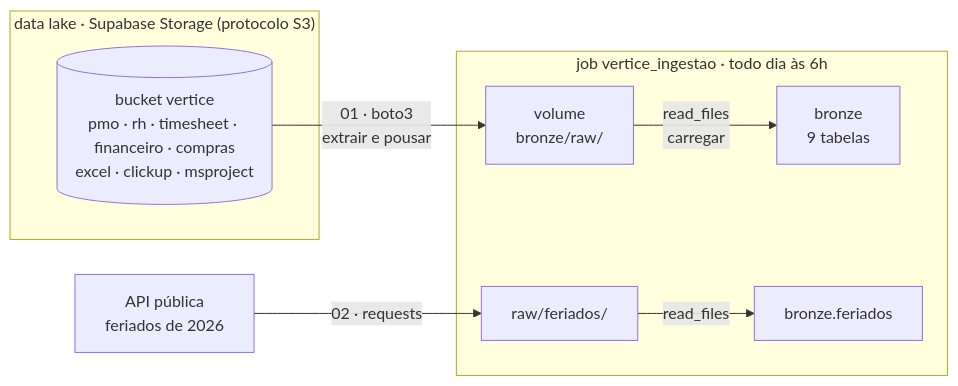
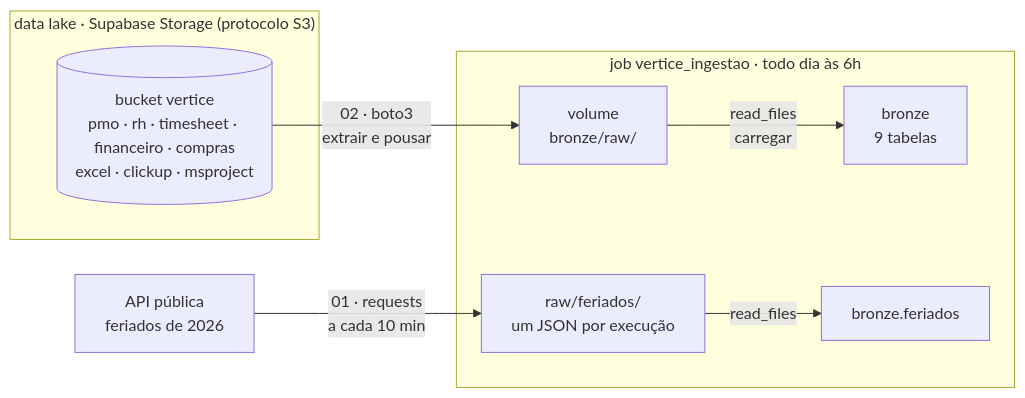
The first of 2 diagrams in aulas/aula-02-python-engenheiro/README.md (AugustoKoche-AI/ImersaoControlTower), drawn with Mermaid before and after one commit. The commit also changed other lines of this file and 68 other files, not shown here.

````diff
--- a/aulas/aula-02-python-engenheiro/README.md
+++ b/aulas/aula-02-python-engenheiro/README.md
@@ -20,16 +20,16 @@
 ```mermaid
 flowchart LR
   subgraph LAKE["data lake · Supabase Storage (protocolo S3)"]
     B[("bucket vertice<br/>pmo · rh · timesheet · financeiro · compras<br/>excel · clickup · msproject")]
   end
   API["API pública<br/>feriados de 2026"]
-  B -- "01 · boto3<br/>extrair e pousar" --> RAW["volume<br/>bronze/raw/"]
+  B -- "02 · boto3<br/>extrair e pousar" --> RAW["volume<br/>bronze/raw/"]
   RAW -- "read_files<br/>carregar" --> BR["bronze<br/>9 tabelas"]
-  API -- "02 · requests" --> RAWF["raw/feriados/"] -- "read_files" --> BF["bronze.feriados"]
+  API -- "01 · requests<br/>a cada 10 min" --> RAWF["raw/feriados/<br/>um JSON por execução"] -- "read_files" --> BF["bronze.feriados"]
   subgraph JOB["job vertice_ingestao · todo dia às 6h"]
     RAW
     BR
     RAWF
     BF
   end
 ```
````
